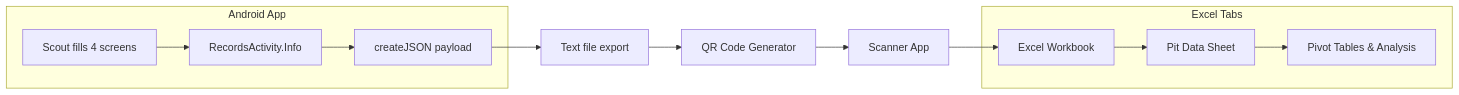
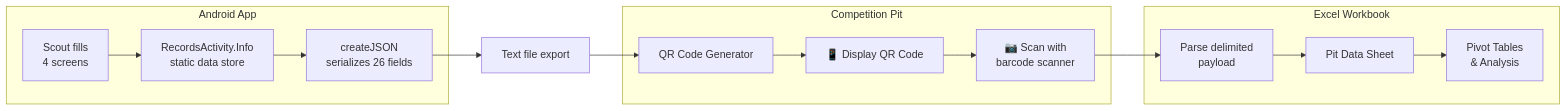
One commit to aamir-frc-scouting/frc-pit-scouting-app-2024 changed the diagram in README.md. Above: the diagram before and after it, drawn with Mermaid. The commit also changed other lines of this file and 4 other files, not shown here.

````diff
--- a/README.md
+++ b/README.md
@@ -66,17 +92,21 @@
 ```mermaid
 flowchart LR
     subgraph Android App
-        A[Scout fills 4 screens] --> B[RecordsActivity.Info]
-        B --> C[createJSON payload]
+        A[Scout fills<br/>4 screens] --> B[RecordsActivity.Info<br/>static data store]
+        B --> C[createJSON<br/>serializes 26 fields]
     end
     
     C --> D[Text file export]
     D --> E[QR Code Generator]
-    E --> F[Scanner App]
-    F --> G[Excel Workbook]
     
-    subgraph Excel Tabs
-        G --> H[Pit Data Sheet]
-        H --> I[Pivot Tables & Analysis]
+    subgraph Competition Pit
+        E --> F[📱 Display QR Code]
+        F --> G[📷 Scan with<br/>barcode scanner]
+    end
+    
+    subgraph Excel Workbook
+        G --> H[Parse delimited<br/>payload]
+        H --> I[Pit Data Sheet]
+        I --> J[Pivot Tables<br/>& Analysis]
     end
 ```
````
